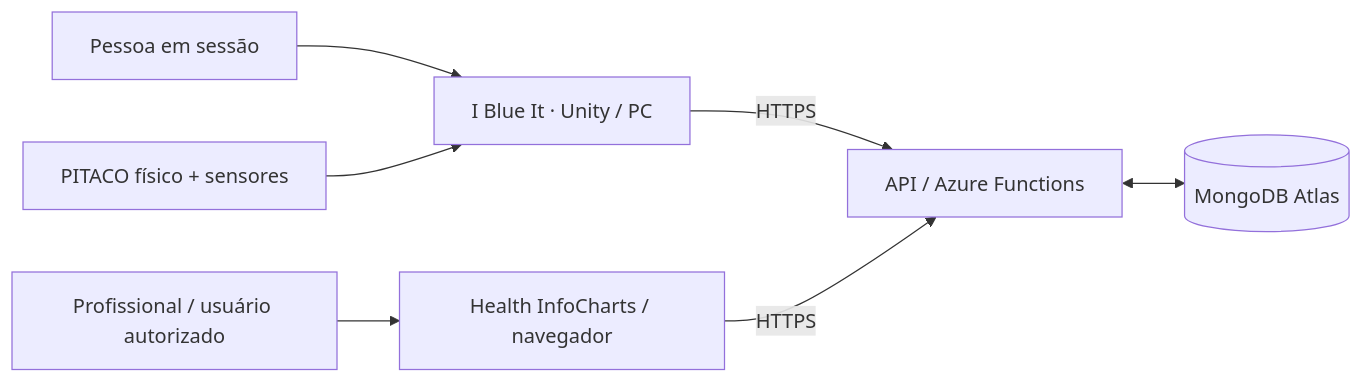
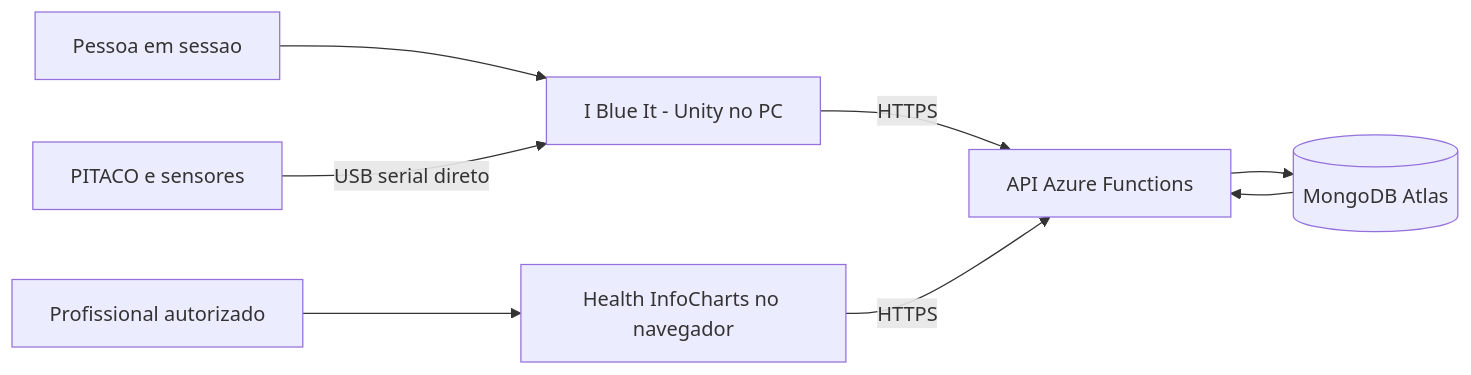
Before and after one commit to PHV00/RFC-IBlueIt-Pitaco3.0-Multimodal: the first of 4 diagrams in docs/ARQUITETURA.md, drawn with Mermaid. The commit also changed other lines of this file and 3 other files, not shown here.

Commit message:
docs: repair Mermaid rendering and clarify direct Unity USB connection

````diff
--- a/docs/ARQUITETURA.md
+++ b/docs/ARQUITETURA.md
@@ -15,9 +15,10 @@
-~~~mermaid
+```mermaid
 flowchart LR
-  P["Pessoa em sessão"] --> U["I Blue It · Unity / PC"]
-  D["PITACO físico + sensores"] --> U
-  U -->|"HTTPS"| A["API / Azure Functions"]
-  A <--> DB[("MongoDB Atlas")]
-  T["Profissional / usuário autorizado"] --> W["Health InfoCharts / navegador"]
-  W -->|"HTTPS"| A
-~~~
+    P["Pessoa em sessao"] --> U["I Blue It - Unity no PC"]
+    D["PITACO e sensores"] -->|USB serial direto| U
+    U -->|HTTPS| A["API Azure Functions"]
+    A --> DB[(MongoDB Atlas)]
+    DB --> A
+    T["Profissional autorizado"] --> W["Health InfoCharts no navegador"]
+    W -->|HTTPS| A
+```
````
